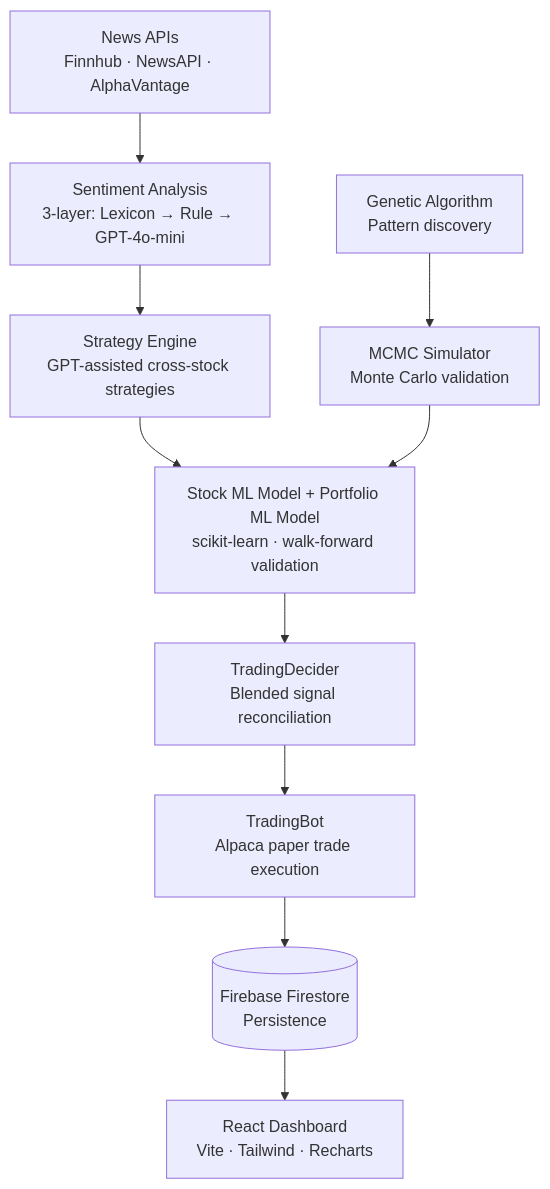
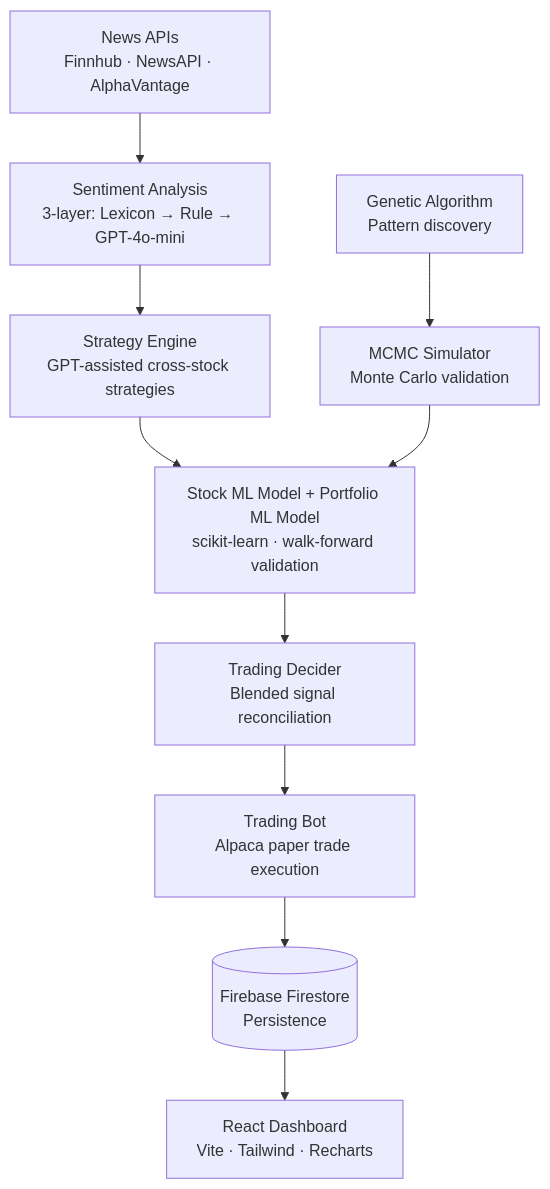
The diagram in README.md (Haripratiik/Stock-Portfolio-Optimizer), drawn with Mermaid before and after one commit.

````diff
--- a/README.md
+++ b/README.md
@@ -20,14 +20,14 @@
 ```mermaid
 flowchart TD
     A[News APIs\nFinnhub · NewsAPI · AlphaVantage] --> B[Sentiment Analysis\n3-layer: Lexicon → Rule → GPT-4o-mini]
     B --> C[Strategy Engine\nGPT-assisted cross-stock strategies]
     C --> D[Stock ML Model + Portfolio ML Model\nscikit-learn · walk-forward validation]
-    D --> E[TradingDecider\nBlended signal reconciliation]
-    E --> F[TradingBot\nAlpaca paper trade execution]
+    D --> E[Trading Decider\nBlended signal reconciliation]
+    E --> F[Trading Bot\nAlpaca paper trade execution]
 
     G[Genetic Algorithm\nPattern discovery] --> H[MCMC Simulator\nMonte Carlo validation]
     H --> D
 
     F --> I[(Firebase Firestore\nPersistence)]
     I --> J[React Dashboard\nVite · Tailwind · Recharts]
 ```
````
